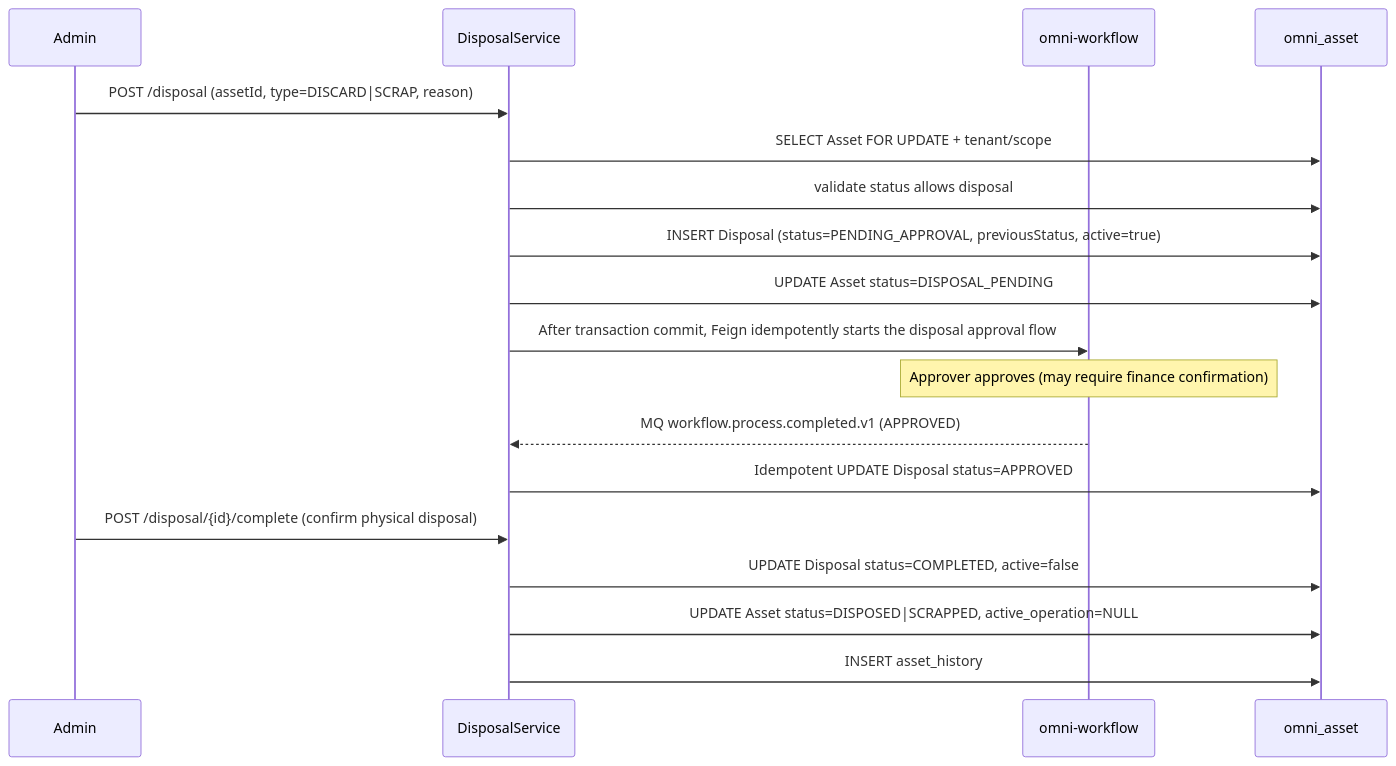
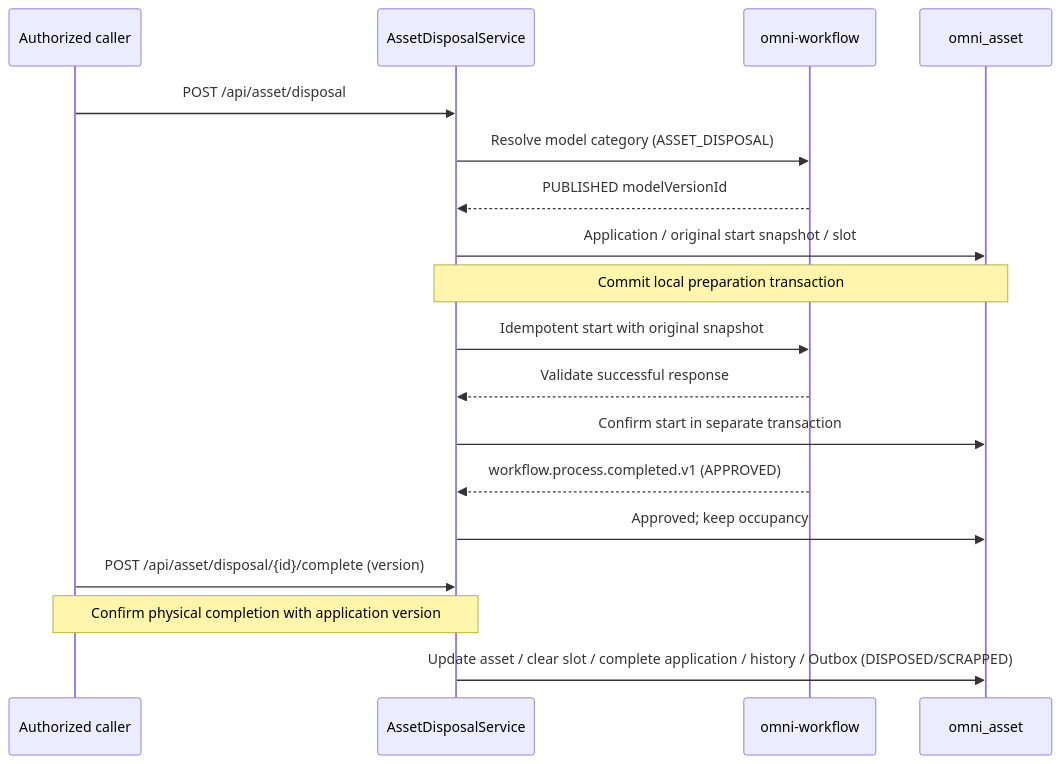
Before and after one commit to wang-baohai/Omni-Stack: the sixth of 6 diagrams in docs/design/asset-design.en.md, drawn with Mermaid. The commit also changed other lines of this file and 1095 other files, not shown here.

````diff
--- a/docs/design/asset-design.en.md
+++ b/docs/design/asset-design.en.md
@@ -290,23 +281,20 @@
 ```mermaid
 sequenceDiagram
-    participant M as Admin
-    participant S as DisposalService
+    participant M as Authorized caller
+    participant S as AssetDisposalService
     participant WF as omni-workflow
     participant DB as omni_asset
-
-    M->>S: POST /disposal (assetId, type=DISCARD|SCRAP, reason)
-    S->>DB: SELECT Asset FOR UPDATE + tenant/scope
-    S->>DB: validate status allows disposal
-    S->>DB: INSERT Disposal (status=PENDING_APPROVAL, previousStatus, active=true)
-    S->>DB: UPDATE Asset status=DISPOSAL_PENDING
-    S->>WF: After transaction commit, Feign idempotently starts the disposal approval flow
-
-    Note over WF: Approver approves (may require finance confirmation)
-
-    WF-->>S: MQ workflow.process.completed.v1 (APPROVED)
-    S->>DB: Idempotent UPDATE Disposal status=APPROVED
-    M->>S: POST /disposal/{id}/complete (confirm physical disposal)
-    S->>DB: UPDATE Disposal status=COMPLETED, active=false
-    S->>DB: UPDATE Asset status=DISPOSED|SCRAPPED, active_operation=NULL
-    S->>DB: INSERT asset_history
+    M->>S: POST /api/asset/disposal
+    S->>WF: Resolve model category (ASSET_DISPOSAL)
+    WF-->>S: PUBLISHED modelVersionId
+    S->>DB: Application / original start snapshot / slot
+    Note over S,DB: Commit local preparation transaction
+    S->>WF: Idempotent start with original snapshot
+    WF-->>S: Validate successful response
+    S->>DB: Confirm start in separate transaction
+    WF-->>S: workflow.process.completed.v1 (APPROVED)
+    S->>DB: Approved#59; keep occupancy
+    M->>S: POST /api/asset/disposal/{id}/complete (version)
+    Note over M,S: Confirm physical completion with application version
+    S->>DB: Update asset / clear slot / complete application / history / Outbox (DISPOSED/SCRAPPED)
 ```
````
